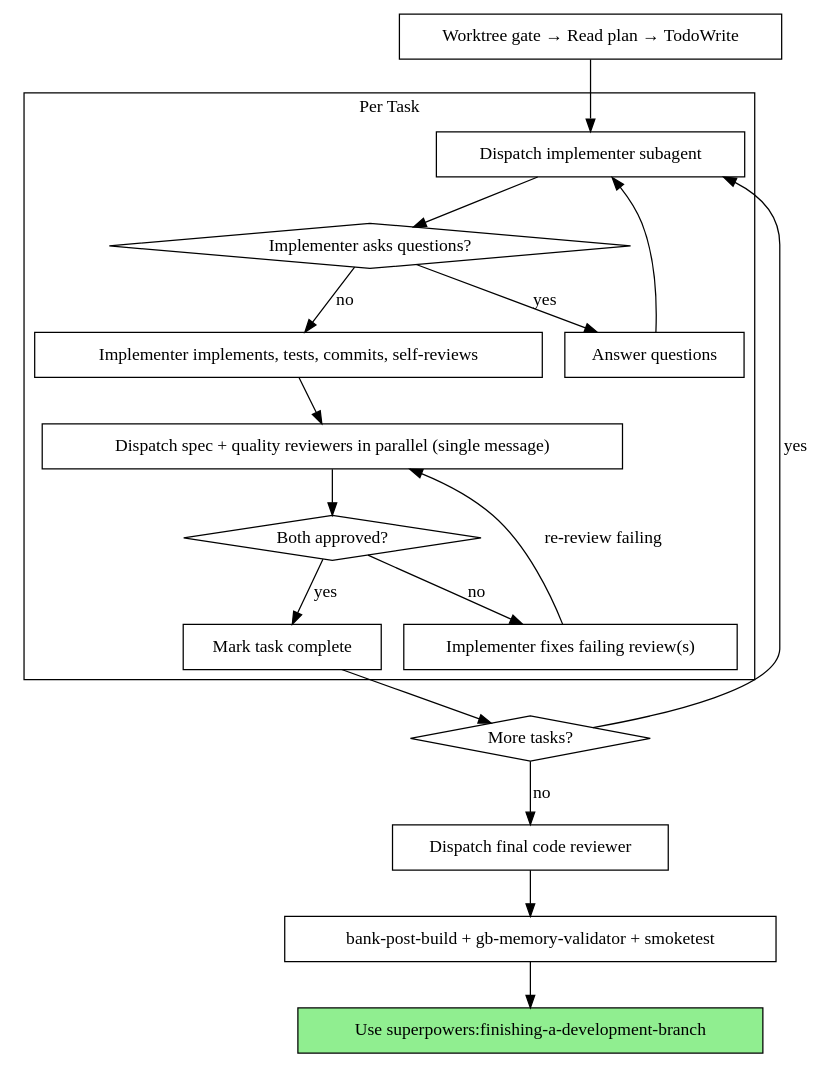
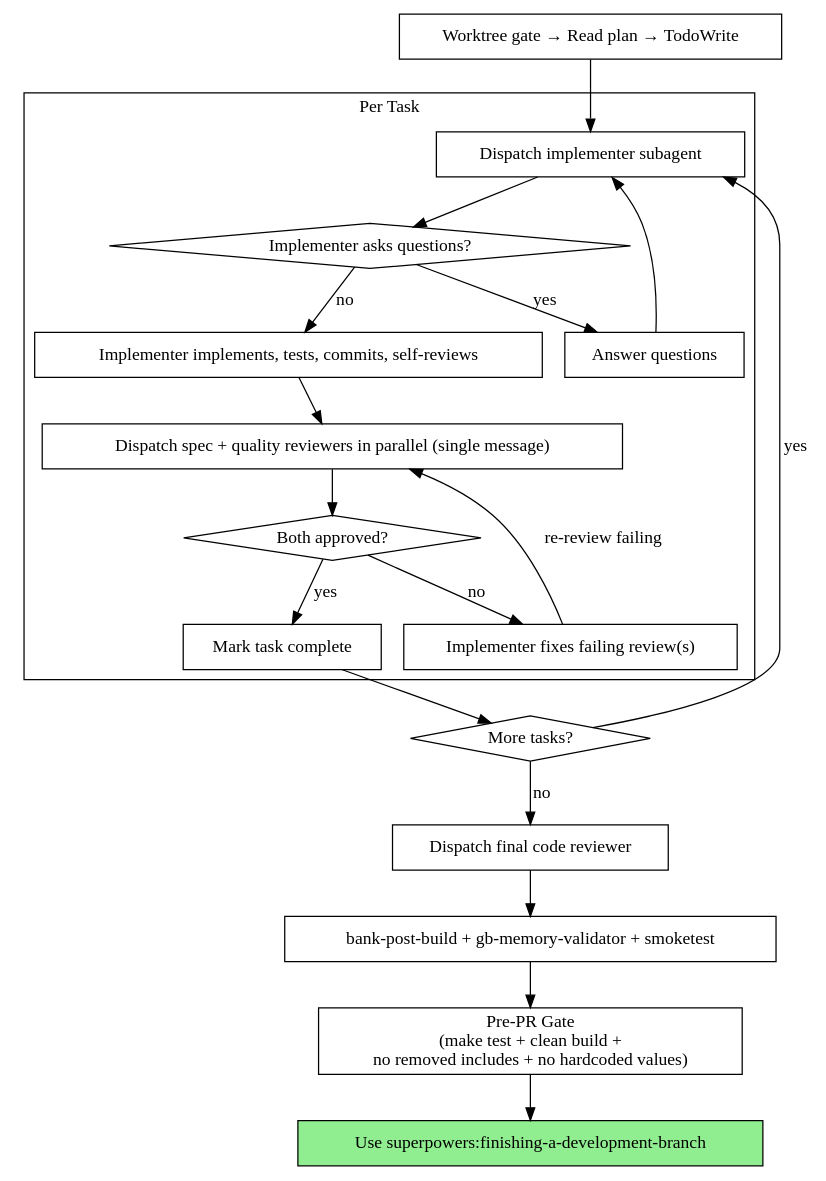
Before and after one commit to MatthieuGagne/gmb-nuke-raider: the second of 2 diagrams in .claude/skills/subagent-driven-development/SKILL.md, drawn with Graphviz. The commit also changed other lines of this file and 2 other files, not shown here.

First line of the commit message:
chore: add self-review gates at brainstorming, plan, and pre-PR transitions

````diff
--- a/.claude/skills/subagent-driven-development/SKILL.md
+++ b/.claude/skills/subagent-driven-development/SKILL.md
@@ -48,39 +48,41 @@
 ```dot
 digraph process {
     rankdir=TB;
 
     subgraph cluster_per_task {
         label="Per Task";
         "Dispatch implementer subagent" [shape=box];
         "Implementer asks questions?" [shape=diamond];
         "Answer questions" [shape=box];
         "Implementer implements, tests, commits, self-reviews" [shape=box];
         "Dispatch spec + quality reviewers in parallel (single message)" [shape=box];
         "Both approved?" [shape=diamond];
         "Implementer fixes failing review(s)" [shape=box];
         "Mark task complete" [shape=box];
     }
 
     "Worktree gate → Read plan → TodoWrite" [shape=box];
     "More tasks?" [shape=diamond];
     "Dispatch final code reviewer" [shape=box];
     "bank-post-build + gb-memory-validator + smoketest" [shape=box];
     "Use superpowers:finishing-a-development-branch" [shape=box style=filled fillcolor=lightgreen];
 
     "Worktree gate → Read plan → TodoWrite" -> "Dispatch implementer subagent";
     "Dispatch implementer subagent" -> "Implementer asks questions?";
     "Implementer asks questions?" -> "Answer questions" [label="yes"];
     "Answer questions" -> "Dispatch implementer subagent";
     "Implementer asks questions?" -> "Implementer implements, tests, commits, self-reviews" [label="no"];
     "Implementer implements, tests, commits, self-reviews" -> "Dispatch spec + quality reviewers in parallel (single message)";
     "Dispatch spec + quality reviewers in parallel (single message)" -> "Both approved?";
     "Both approved?" -> "Implementer fixes failing review(s)" [label="no"];
     "Implementer fixes failing review(s)" -> "Dispatch spec + quality reviewers in parallel (single message)" [label="re-review failing"];
     "Both approved?" -> "Mark task complete" [label="yes"];
     "Mark task complete" -> "More tasks?";
     "More tasks?" -> "Dispatch implementer subagent" [label="yes"];
     "More tasks?" -> "Dispatch final code reviewer" [label="no"];
     "Dispatch final code reviewer" -> "bank-post-build + gb-memory-validator + smoketest";
-    "bank-post-build + gb-memory-validator + smoketest" -> "Use superpowers:finishing-a-development-branch";
+    "bank-post-build + gb-memory-validator + smoketest" -> "Pre-PR Gate";
+    "Pre-PR Gate" [shape=box label="Pre-PR Gate\n(make test + clean build +\nno removed includes + no hardcoded values)"];
+    "Pre-PR Gate" -> "Use superpowers:finishing-a-development-branch";
 }
 ```
````
